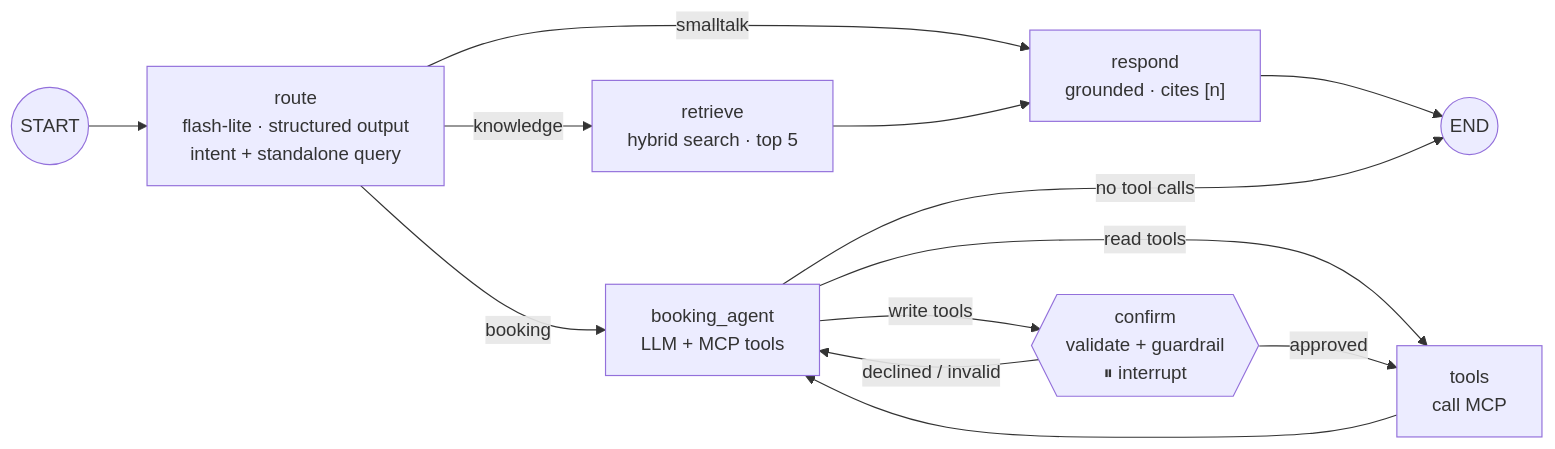
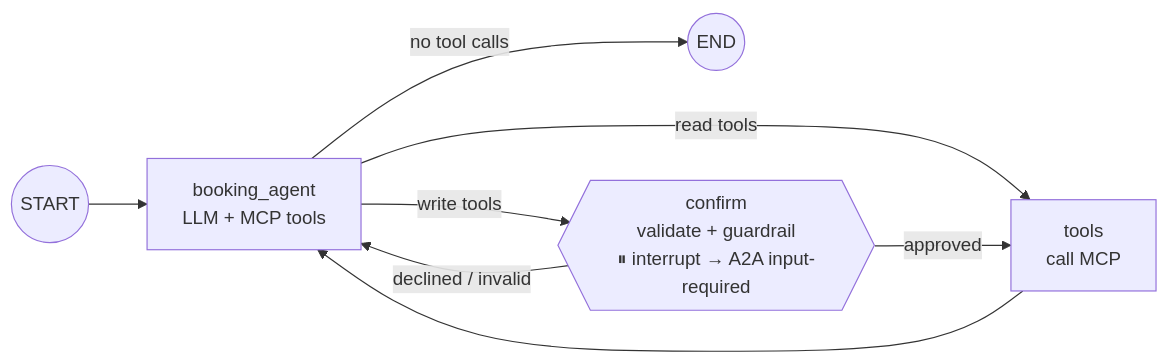
One commit to yash6388/voxdesk changed the fifth of 9 diagrams in docs/ARCHITECTURE.md. Above: the diagram before and after it, drawn with Mermaid. The commit also changed other lines of this file and 40 other files, not shown here.

````diff
--- a/docs/ARCHITECTURE.md
+++ b/docs/ARCHITECTURE.md
@@ -158,15 +183,10 @@
 ```mermaid
 flowchart LR
-    S((START)) --> route["route<br/>flash-lite · structured output<br/>intent + standalone query"]
-    route -- knowledge --> retrieve["retrieve<br/>hybrid search · top 5"]
-    route -- smalltalk --> respond["respond<br/>grounded · cites [n]"]
-    route -- booking --> agent["booking_agent<br/>LLM + MCP tools"]
-    retrieve --> respond
-    respond --> E((END))
-    agent -- "no tool calls" --> E
+    S((START)) --> agent["booking_agent<br/>LLM + MCP tools"]
+    agent -- "no tool calls" --> E((END))
     agent -- "read tools" --> tools["tools<br/>call MCP"]
-    agent -- "write tools" --> confirm{{"confirm<br/>validate + guardrail<br/>⏸ interrupt"}}
+    agent -- "write tools" --> confirm{{"confirm<br/>validate + guardrail<br/>⏸ interrupt → A2A input-required"}}
     confirm -- approved --> tools
     confirm -- "declined / invalid" --> agent
     tools --> agent
 ```
````
